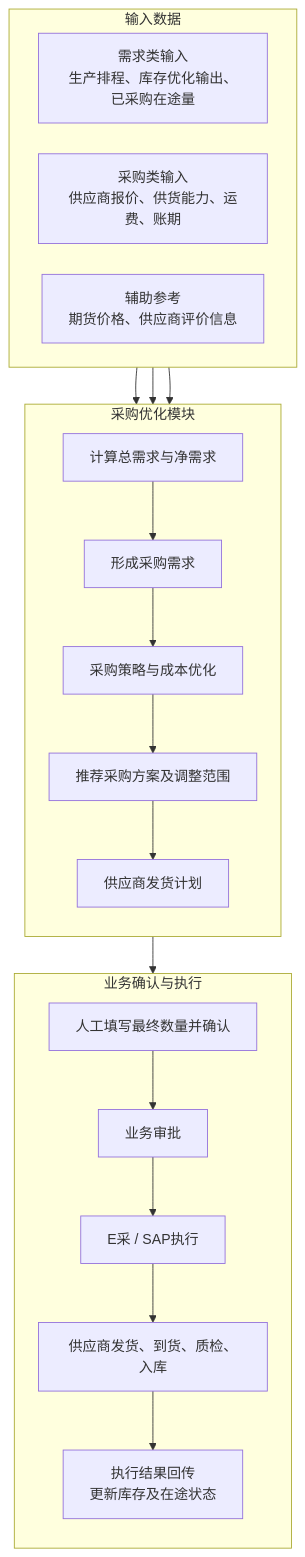
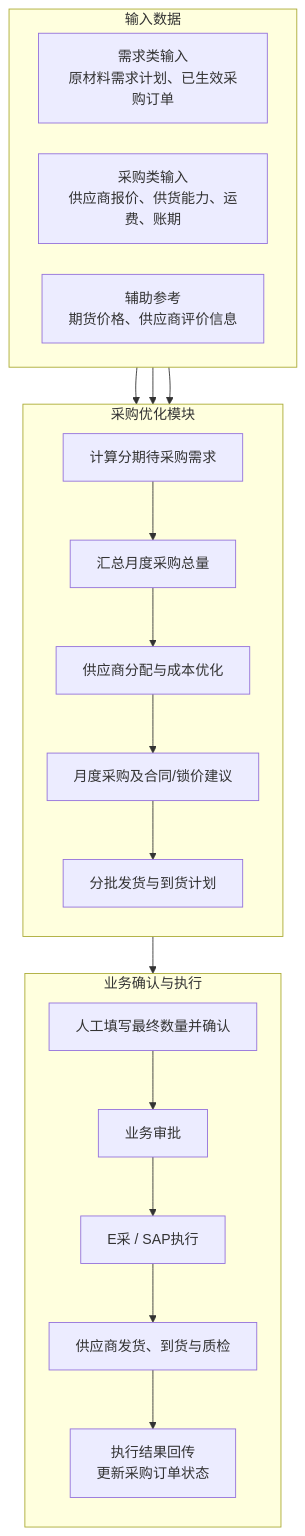
The diagram in 2-业务蓝图-draft/采购优化模块技术方案.md (DDD71/scos_proj), drawn with Mermaid before and after one commit. The commit also changed other lines of this file, not shown here.

````diff
--- a/2-业务蓝图-draft/采购优化模块技术方案.md
+++ b/2-业务蓝图-draft/采购优化模块技术方案.md
@@ -59,32 +56,32 @@
 ```mermaid
 %%{init: {"flowchart": {"curve": "basis", "nodeSpacing": 35, "rankSpacing": 42}}}%%
 flowchart TB
     subgraph INPUT["输入数据"]
         direction LR
-        A["需求类输入<br/>生产排程、库存优化输出、已采购在途量"]
+        A["需求类输入<br/>原材料需求计划、已生效采购订单"]
         B["采购类输入<br/>供应商报价、供货能力、运费、账期"]
         C["辅助参考<br/>期货价格、供应商评价信息"]
     end
 
     subgraph PURCHASE["采购优化模块"]
         direction TB
-        D["计算总需求与净需求"] --> E["形成采购需求"]
-        E --> F["采购策略与成本优化"]
-        F --> G["推荐采购方案及调整范围"]
-        G --> H["供应商发货计划"]
+        D["计算分期待采购需求"] --> E["汇总月度采购总量"]
+        E --> F["供应商分配与成本优化"]
+        F --> G["月度采购及合同/锁价建议"]
+        G --> H["分批发货与到货计划"]
     end
 
     A --> D
     B --> F
     C --> F
 
     subgraph EXECUTION["业务确认与执行"]
         direction TB
         I["人工填写最终数量并确认"] --> J["业务审批"]
         J --> K["E采 / SAP执行"]
-        K --> L["供应商发货、到货、质检、入库"]
-        L --> M["执行结果回传<br/>更新库存及在途状态"]
+        K --> L["供应商发货、到货与质检"]
+        L --> M["执行结果回传<br/>更新采购订单状态"]
     end
 
     H --> I
 ```
````
